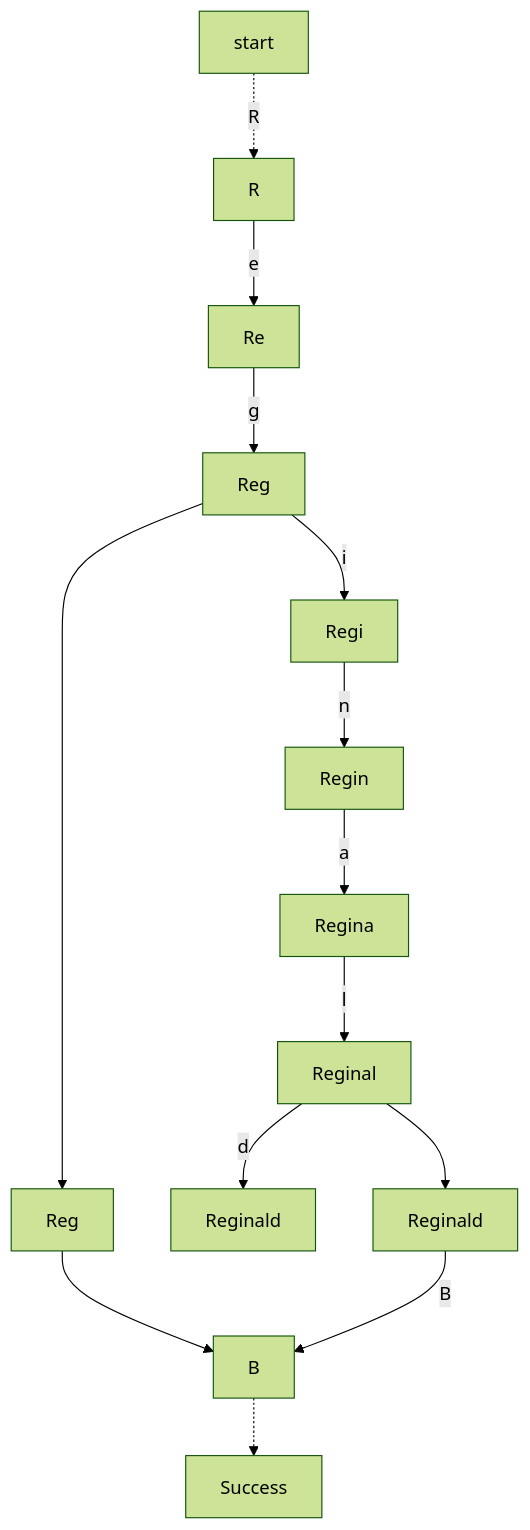
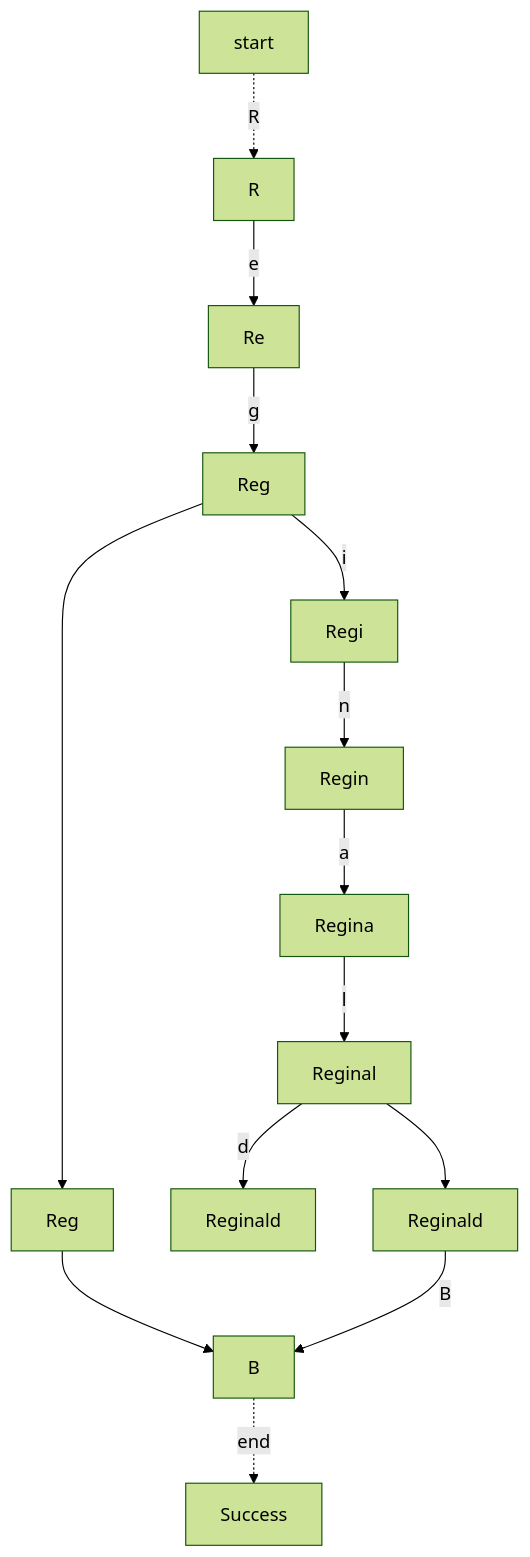
One commit to raganwald/raganwald.github.com changed the second of 2 diagrams in _posts/2019-02-09-recursive-regular-expressions-nondeterminism.md. Above: the diagram before and after it, drawn with Mermaid (forest theme). The commit also changed other lines of this file, not shown here.

Commit message:
unquote end

```diff
--- a/_posts/2019-02-09-recursive-regular-expressions-nondeterminism.md
+++ b/_posts/2019-02-09-recursive-regular-expressions-nondeterminism.md
@@ -44,16 +44,16 @@
 <div class="mermaid">
   graph TD
     start-.->|R|R
     R-->|e|Re
     Re-->|g|Reg
     Reg-->|" "|RegSpace["Reg "]
     RegSpace-->B
     Reg-->|i|Regi
     Regi-->|n|Regin
     Regin-->|a|Regina
     Regina-->|l|Reginal
     Reginal-->|d|Reginald
     Reginal-->|" "|ReginaldSpace["Reginald "]
     ReginaldSpace-->|B|B
-    B-.->|"<end>"|Success;
+    B-.->|end|Success;
 </div>
```
